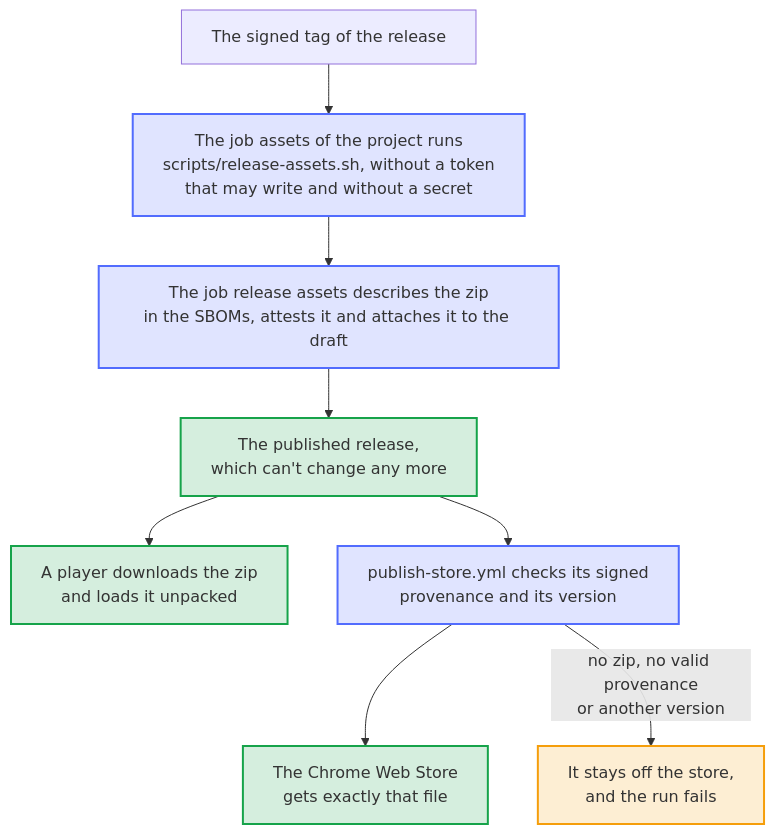
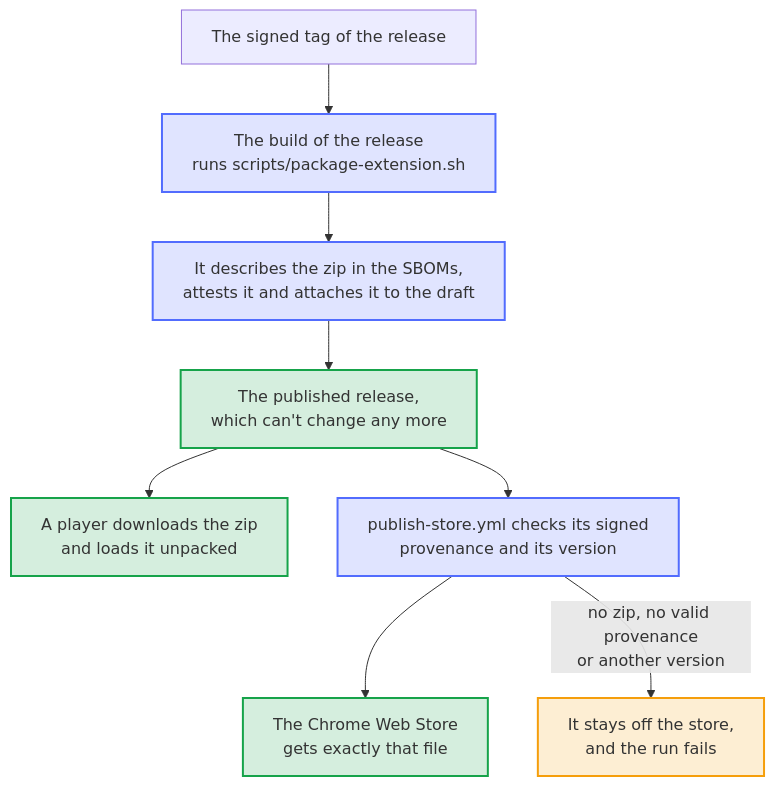
The diagram in docs/diagrams/one-zip.mmd (Dennis-Otto/player-switch-for-autodarts), drawn with Mermaid before and after one commit. The commit also changed 64 other files, not shown here.

First line of the commit message:
chore: use the Chrome extension project kind of the blueprint (#123)

```diff
--- a/docs/diagrams/one-zip.mmd
+++ b/docs/diagrams/one-zip.mmd
@@ -1,29 +1,29 @@
 ---
 config:
   flowchart:
     wrappingWidth: 400
 ---
 flowchart TB
     accTitle: One zip for the players and for the store
-    accDescr: From the signed tag, the job assets of the project runs scripts/release-assets.sh, without a token that may write and without a secret. The job release assets describes the zip in the SBOMs, attests it and attaches it to the draft, and the published release can't change any more. A player downloads the zip and loads it unpacked. publish-store.yml checks its signed provenance and its version, and the Chrome Web Store gets exactly that file; a release without the zip, a zip without a valid provenance or of another version stays off the store, and the run fails.
+    accDescr: From the signed tag, the build of the release runs scripts/package-extension.sh, describes the zip in the SBOMs, attests it and attaches it to the draft, and the published release can't change any more. A player downloads the zip and loads it unpacked. publish-store.yml checks its signed provenance and its version, and the Chrome Web Store gets exactly that file; a release without the zip, a zip without a valid provenance or of another version stays off the store, and the run fails.
 
     tag["The signed tag of the release"]
-    hook["The job assets of the project runs<br>scripts/release-assets.sh, without a token<br>that may write and without a secret"]
-    attest["The job release assets describes the zip<br>in the SBOMs, attests it and attaches it to the draft"]
+    hook["The build of the release<br>runs scripts/package-extension.sh"]
+    attest["It describes the zip in the SBOMs,<br>attests it and attaches it to the draft"]
     release["The published release,<br>which can't change any more"]
     player["A player downloads the zip<br>and loads it unpacked"]
     check["publish-store.yml checks its signed<br>provenance and its version"]
     store["The Chrome Web Store<br>gets exactly that file"]
     off["It stays off the store,<br>and the run fails"]
 
     tag --> hook --> attest --> release
     release --> player
     release --> check --> store
     check -- "no zip, no valid provenance<br>or another version" --> off
 
     classDef bot fill:#526cfe2e,stroke:#526cfe,stroke-width:2px
     classDef done fill:#16a34a2e,stroke:#16a34a,stroke-width:2px
     classDef person fill:#f59e0b2e,stroke:#f59e0b,stroke-width:2px
     class hook,attest,check bot
     class release,player,store done
     class off person
```
